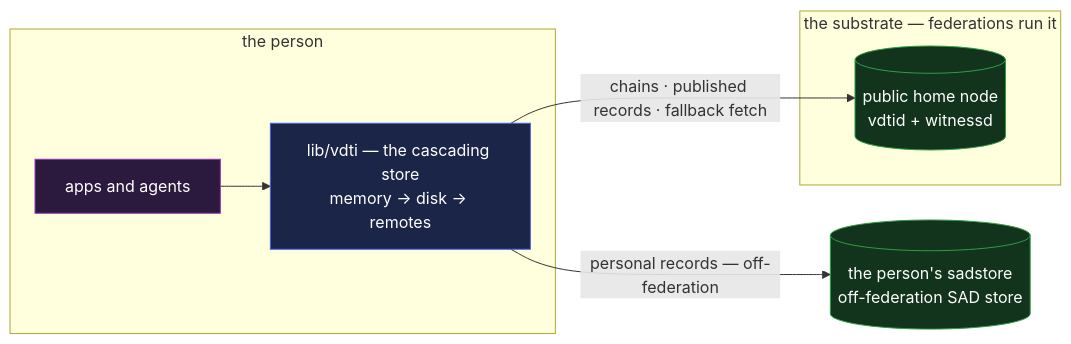
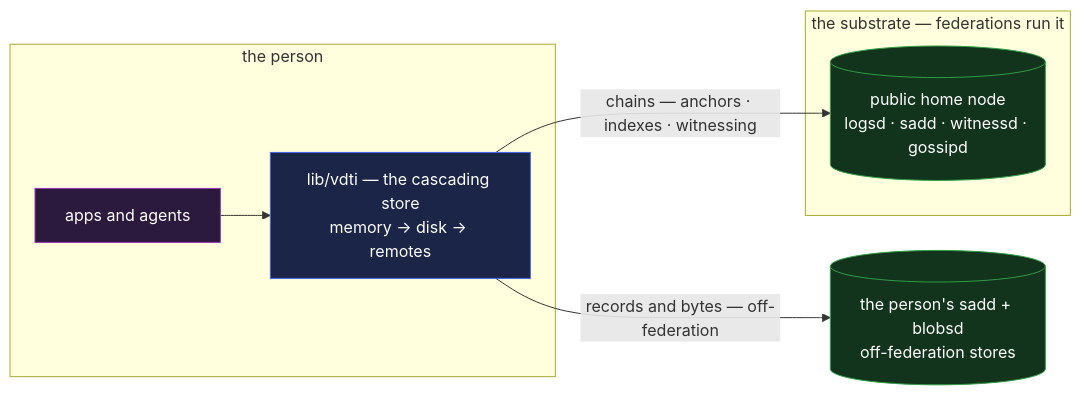
One commit to jasoncolburne/vdti changed the diagram in docs/design/example-applications/pds.md. Above: the diagram before and after it, drawn with Mermaid. The commit also changed other lines of this file and 79 other files, not shown here.

````diff
--- a/docs/design/example-applications/pds.md
+++ b/docs/design/example-applications/pds.md
@@ -16,17 +16,17 @@
 ```mermaid
 flowchart LR
   subgraph person["the person"]
     a["apps and agents"]:::app
     lib["lib/vdti — the cascading store<br/>memory → disk → remotes"]:::lib
   end
-  own[("the person's sadstore<br/>off-federation SAD store")]:::svc
+  own[("the person's sadd + blobsd<br/>off-federation stores")]:::svc
   subgraph sub["the substrate — federations run it"]
-    pub[("public home node<br/>vdtid + witnessd")]:::svc
+    pub[("public home node<br/>logsd · sadd · witnessd · gossipd")]:::svc
   end
   a --> lib
-  lib -->|"personal records — off-federation"| own
-  lib -->|"chains · published records · fallback fetch"| pub
+  lib -->|"records and bytes — off-federation"| own
+  lib -->|"chains — anchors · indexes · witnessing"| pub
   classDef app fill:#2b1a3d,stroke:#9c36b5,color:#fff
   classDef lib fill:#1a2547,stroke:#4263eb,color:#fff
   classDef svc fill:#12331c,stroke:#2f9e44,color:#fff
 ```
````
